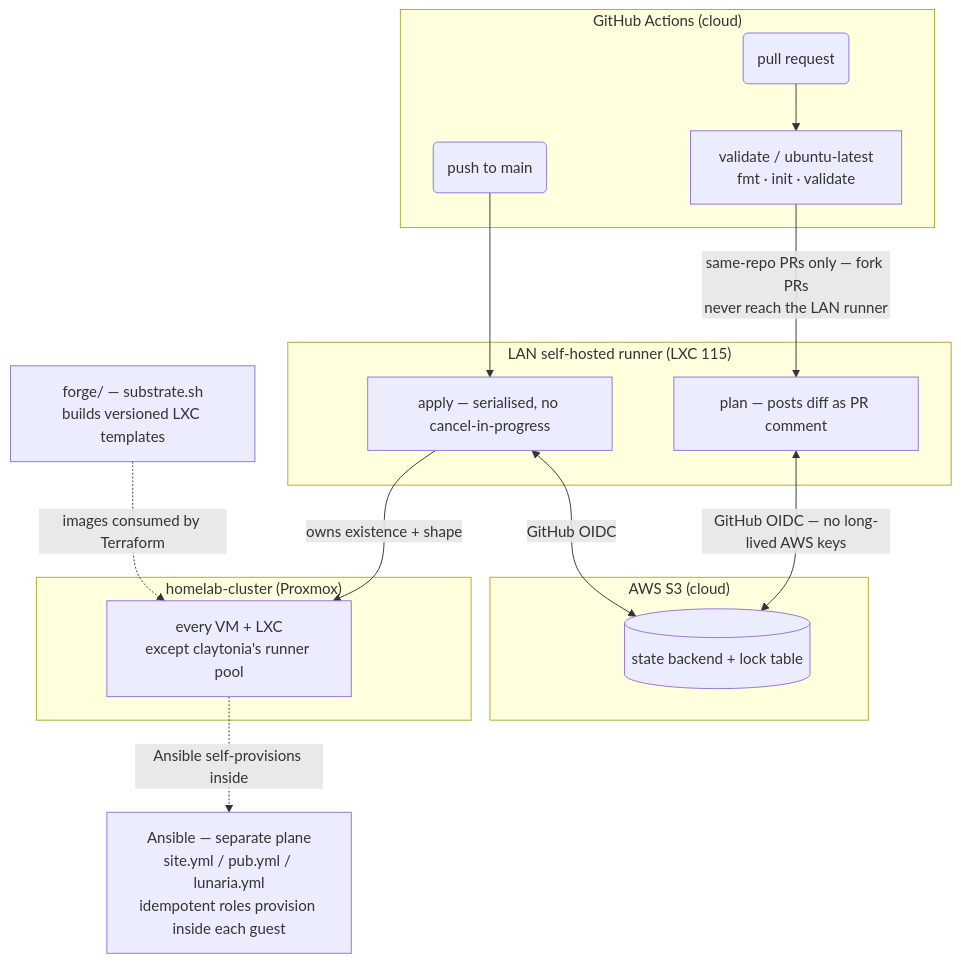
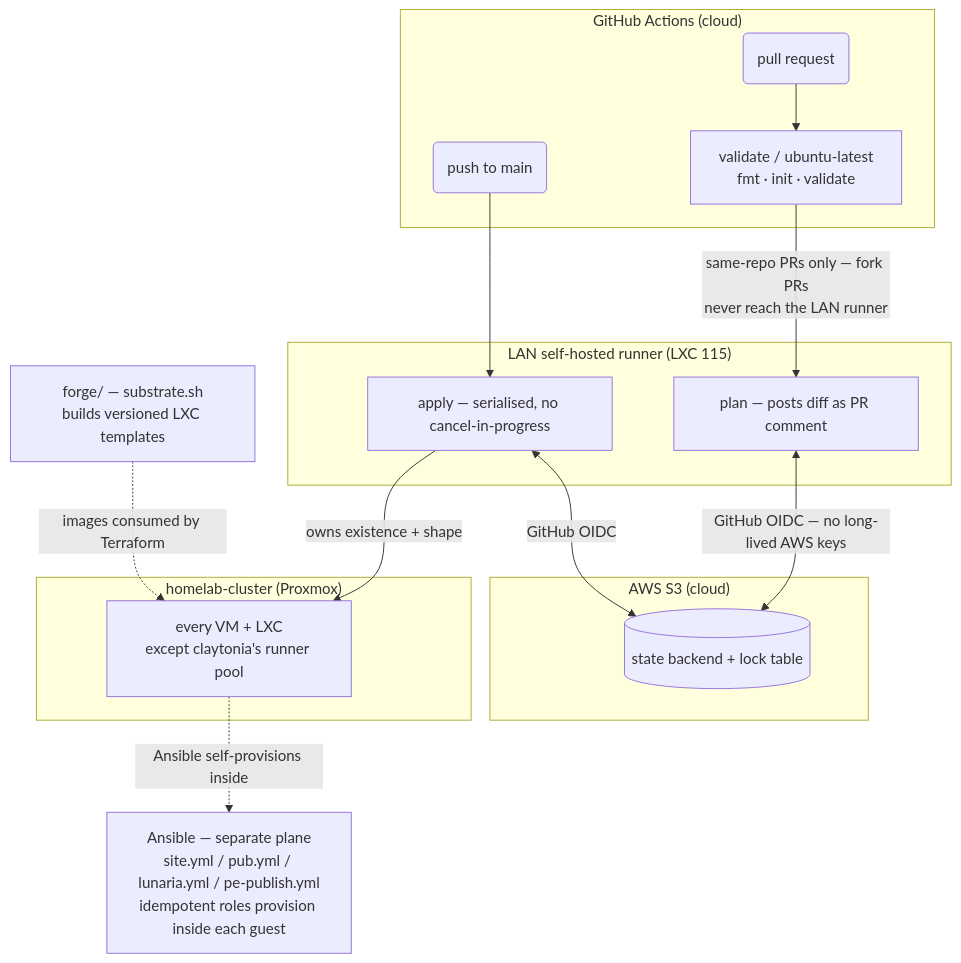
The diagram in README.md (lentago/kalmia), drawn with Mermaid before and after one commit. The commit also changed other lines of this file and 18 other files, not shown here.

````diff
--- a/README.md
+++ b/README.md
@@ -25,33 +25,33 @@
 ```mermaid
 graph TB
     subgraph github ["GitHub Actions (cloud)"]
         PR("pull request")
         PUSH("push to main")
         VALIDATE["validate / ubuntu-latest\nfmt · init · validate"]
     end
 
     subgraph aws ["AWS S3 (cloud)"]
         STATE[("state backend + lock table")]
     end
 
     subgraph runner ["LAN self-hosted runner (LXC 115)"]
         PLAN["plan — posts diff as PR comment"]
         APPLY["apply — serialised, no cancel-in-progress"]
     end
 
     subgraph pve ["homelab-cluster (Proxmox)"]
         GUESTS["every VM + LXC\nexcept claytonia's runner pool"]
     end
 
     FORGE["forge/ — substrate.sh\nbuilds versioned LXC templates"]
-    ANSIBLE["Ansible — separate plane\nsite.yml / pub.yml / lunaria.yml\nidempotent roles provision inside each guest"]
+    ANSIBLE["Ansible — separate plane\nsite.yml / pub.yml / lunaria.yml / pe-publish.yml\nidempotent roles provision inside each guest"]
 
     PR --> VALIDATE
     VALIDATE -->|"same-repo PRs only — fork PRs\nnever reach the LAN runner"| PLAN
     PUSH --> APPLY
     PLAN <-->|"GitHub OIDC — no long-lived AWS keys"| STATE
     APPLY <-->|"GitHub OIDC"| STATE
     APPLY -->|"owns existence + shape"| GUESTS
     FORGE -.->|"images consumed by Terraform"| GUESTS
     GUESTS -.->|"Ansible self-provisions inside"| ANSIBLE
 ```
````
